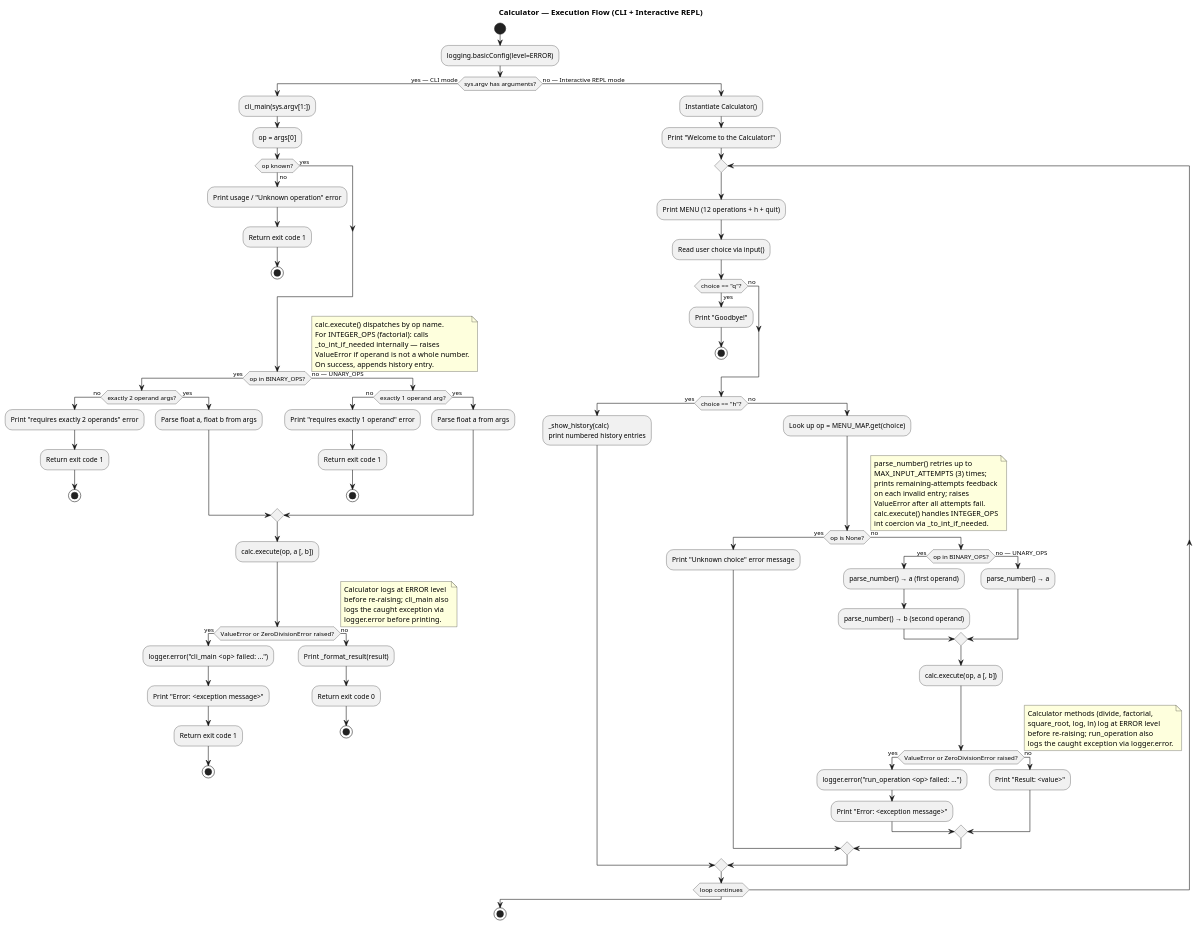
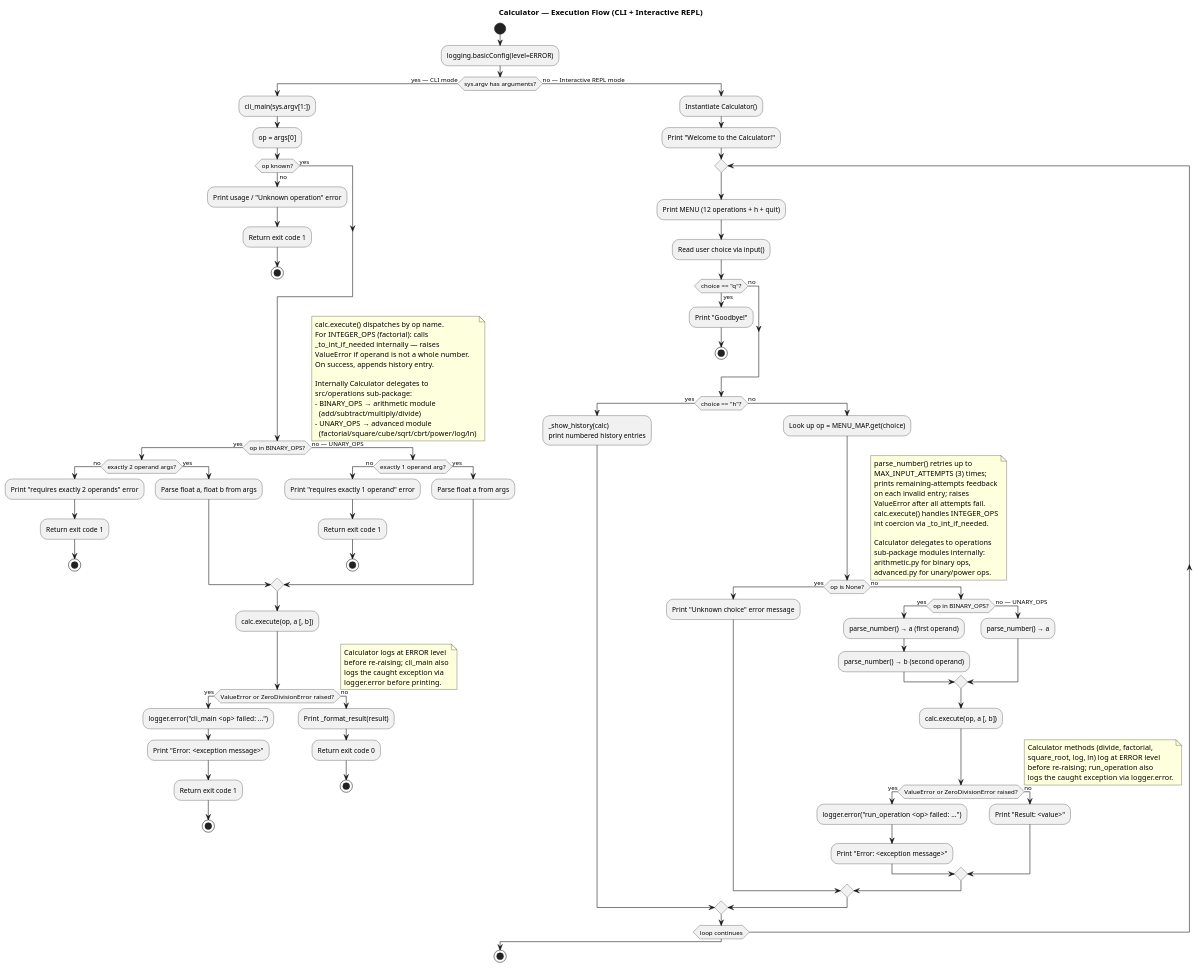
Before and after one commit to DanielRiha8906/Calculator_bachelor_autoevolution: the diagram in artifacts/activity_diagram.puml, drawn with PlantUML. The commit also changed 3 other files, not shown here.

Commit message:
chore: update PlantUML diagrams

```diff
--- a/artifacts/activity_diagram.puml
+++ b/artifacts/activity_diagram.puml
@@ -1,135 +1,147 @@
 @startuml activity_diagram
 
 title Calculator — Execution Flow (CLI + Interactive REPL)
 
 start
 
 :logging.basicConfig(level=ERROR);
 
 if (sys.argv has arguments?) then (yes — CLI mode)
 
   :cli_main(sys.argv[1:]);
 
   :op = args[0];
 
   if (op known?) then (no)
     :Print usage / "Unknown operation" error;
     :Return exit code 1;
     stop
   else (yes)
   endif
 
   if (op in BINARY_OPS?) then (yes)
     if (exactly 2 operand args?) then (no)
       :Print "requires exactly 2 operands" error;
       :Return exit code 1;
       stop
     else (yes)
       :Parse float a, float b from args;
     endif
   else (no — UNARY_OPS)
     if (exactly 1 operand arg?) then (no)
       :Print "requires exactly 1 operand" error;
       :Return exit code 1;
       stop
     else (yes)
       :Parse float a from args;
     endif
   endif
 
   note right
     calc.execute() dispatches by op name.
     For INTEGER_OPS (factorial): calls
     _to_int_if_needed internally — raises
     ValueError if operand is not a whole number.
     On success, appends history entry.
+
+    Internally Calculator delegates to
+    src/operations sub-package:
+    - BINARY_OPS → arithmetic module
+      (add/subtract/multiply/divide)
+    - UNARY_OPS → advanced module
+      (factorial/square/cube/sqrt/cbrt/power/log/ln)
   end note
 
   :calc.execute(op, a [, b]);
 
   if (ValueError or ZeroDivisionError raised?) then (yes)
     note right
       Calculator logs at ERROR level
       before re-raising; cli_main also
       logs the caught exception via
       logger.error before printing.
     end note
     :logger.error("cli_main <op> failed: ...");
     :Print "Error: <exception message>";
     :Return exit code 1;
     stop
   else (no)
     :Print _format_result(result);
     :Return exit code 0;
     stop
   endif
 
 else (no — Interactive REPL mode)
 
   :Instantiate Calculator();
   :Print "Welcome to the Calculator!";
 
   repeat
 
     :Print MENU (12 operations + h + quit);
     :Read user choice via input();
 
     if (choice == "q"?) then (yes)
       :Print "Goodbye!";
       stop
     else (no)
     endif
 
     if (choice == "h"?) then (yes)
       :_show_history(calc)\nprint numbered history entries;
     else (no)
 
       :Look up op = MENU_MAP.get(choice);
 
       if (op is None?) then (yes)
         :Print "Unknown choice" error message;
       else (no)
 
         note right
           parse_number() retries up to
           MAX_INPUT_ATTEMPTS (3) times;
           prints remaining-attempts feedback
           on each invalid entry; raises
           ValueError after all attempts fail.
           calc.execute() handles INTEGER_OPS
           int coercion via _to_int_if_needed.
+
+          Calculator delegates to operations
+          sub-package modules internally:
+          arithmetic.py for binary ops,
+          advanced.py for unary/power ops.
         end note
 
         if (op in BINARY_OPS?) then (yes)
           :parse_number() → a (first operand);
           :parse_number() → b (second operand);
         else (no — UNARY_OPS)
           :parse_number() → a;
         endif
 
         :calc.execute(op, a [, b]);
 
         if (ValueError or ZeroDivisionError raised?) then (yes)
           note right
             Calculator methods (divide, factorial,
             square_root, log, ln) log at ERROR level
             before re-raising; run_operation also
             logs the caught exception via logger.error.
           end note
           :logger.error("run_operation <op> failed: ...");
           :Print "Error: <exception message>";
         else (no)
           :Print "Result: <value>";
         endif
 
       endif
 
     endif
 
   repeat while (loop continues)
 
 endif
 
 stop
 
 @enduml
```
